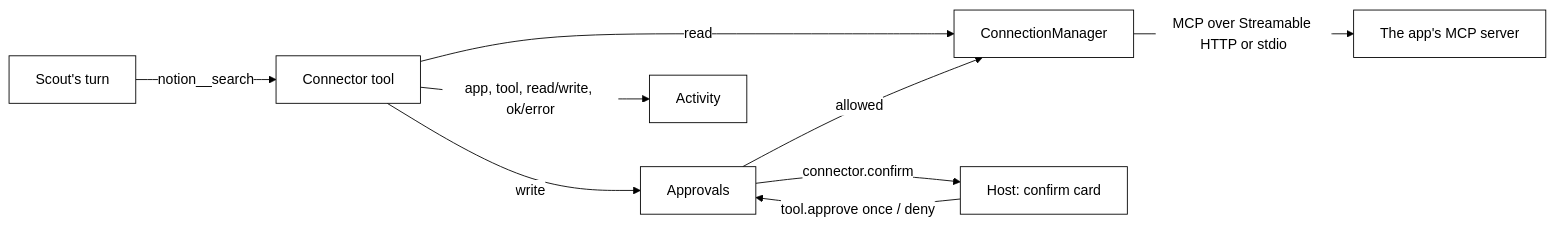
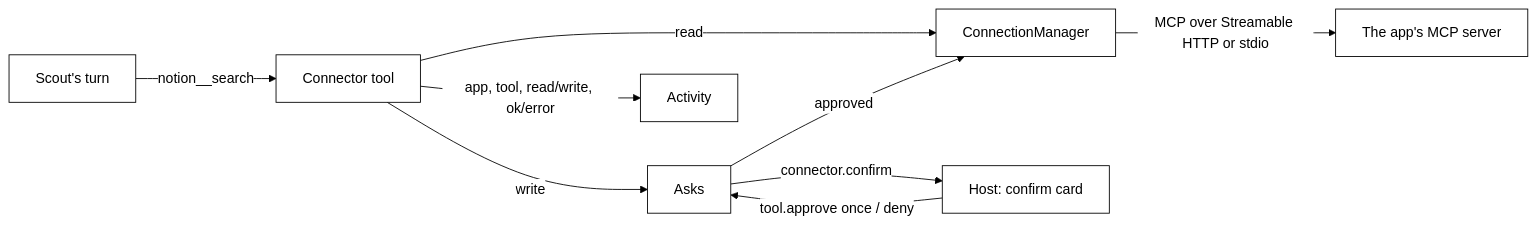
One commit to nadeem4/tagalong changed the fifth of 20 diagrams in docs/architecture.md. Above: the diagram before and after it, drawn with Mermaid. The commit also changed other lines of this file and 55 other files, not shown here.

````diff
--- a/docs/architecture.md
+++ b/docs/architecture.md
@@ -676,12 +685,12 @@
 ```mermaid
 %%{init: {'theme': 'base', 'themeVariables': {'primaryColor': '#ffffff', 'primaryTextColor': '#000000', 'primaryBorderColor': '#000000', 'lineColor': '#000000'}}}%%
 flowchart LR
   S[Scout's turn] -- "notion__search" --> T[Connector tool]
   T -- read --> M[ConnectionManager]
-  T -- write --> A[Approvals]
+  T -- write --> A[Asks]
   A -- "connector.confirm" --> H[Host: confirm card]
   H -- "tool.approve once / deny" --> A
-  A -- allowed --> M
+  A -- approved --> M
   M -- MCP over Streamable HTTP or stdio --> P[The app's MCP server]
   T -- "app, tool, read/write, ok/error" --> L[Activity]
 ```
````
